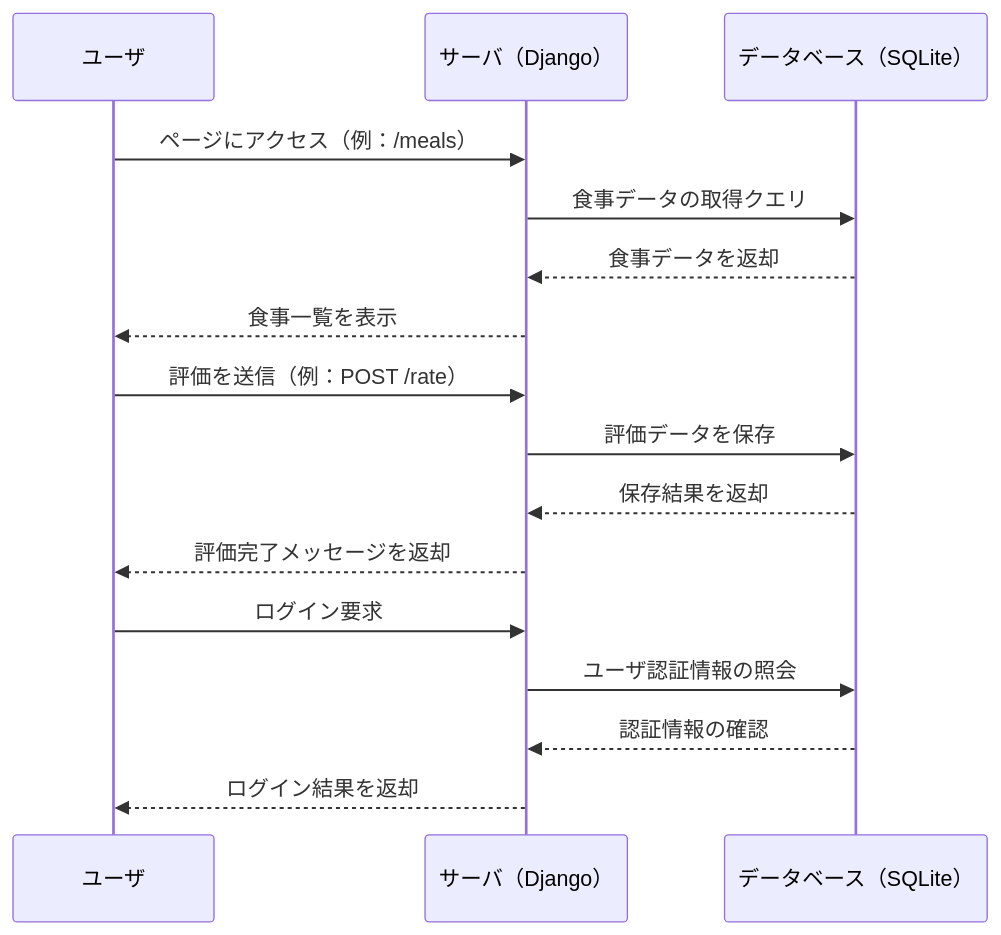
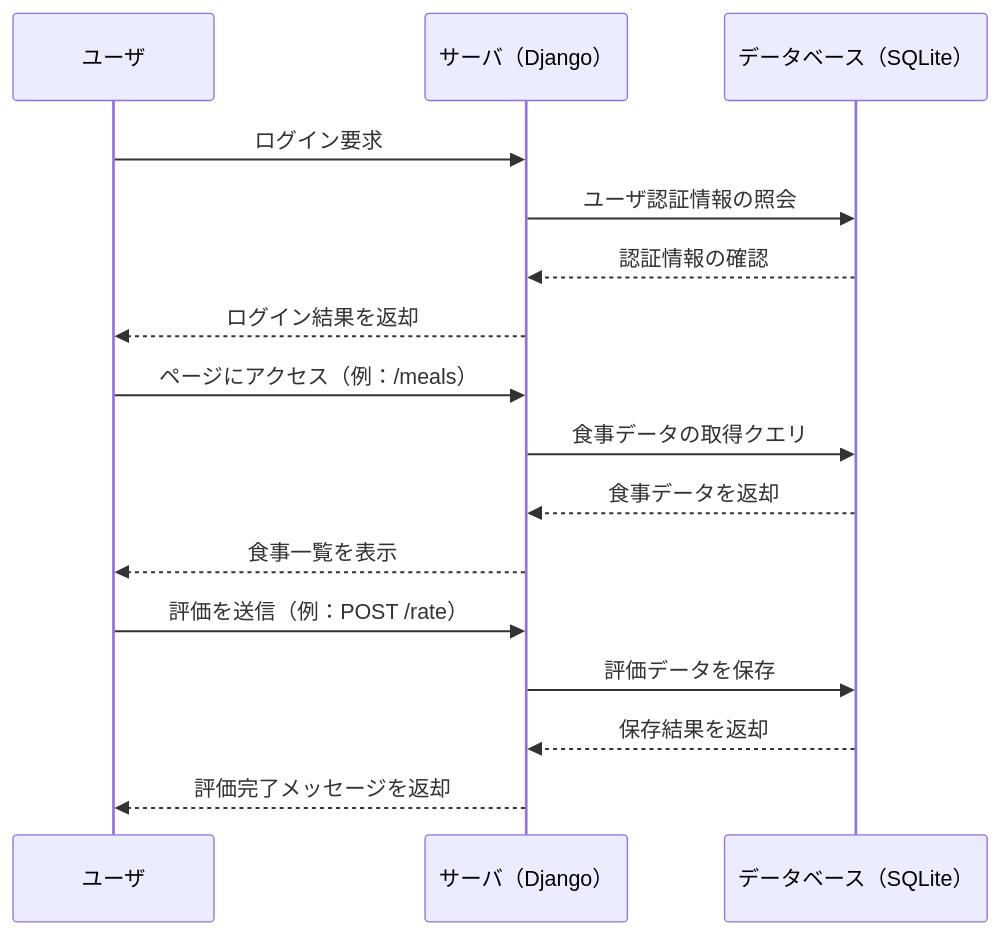
One commit to BackendExplorer/Meal-Review-App changed the diagram in README.md. Above: the diagram before and after it, drawn with Mermaid. The commit also changed other lines of this file, not shown here.

````diff
--- a/README.md
+++ b/README.md
@@ -241,22 +241,22 @@
 ```mermaid
 sequenceDiagram
     participant User as ユーザ
     participant Server as サーバ（Django）
     participant DB as データベース（SQLite）
+
+    User->>Server: ログイン要求
+    Server->>DB: ユーザ認証情報の照会
+    DB-->>Server: 認証情報の確認
+    Server-->>User: ログイン結果を返却
 
     User->>Server: ページにアクセス（例：/meals）
     Server->>DB: 食事データの取得クエリ
     DB-->>Server: 食事データを返却
     Server-->>User: 食事一覧を表示
 
     User->>Server: 評価を送信（例：POST /rate）
     Server->>DB: 評価データを保存
     DB-->>Server: 保存結果を返却
     Server-->>User: 評価完了メッセージを返却
 
-    User->>Server: ログイン要求
-    Server->>DB: ユーザ認証情報の照会
-    DB-->>Server: 認証情報の確認
-    Server-->>User: ログイン結果を返却
-
 ```
````
